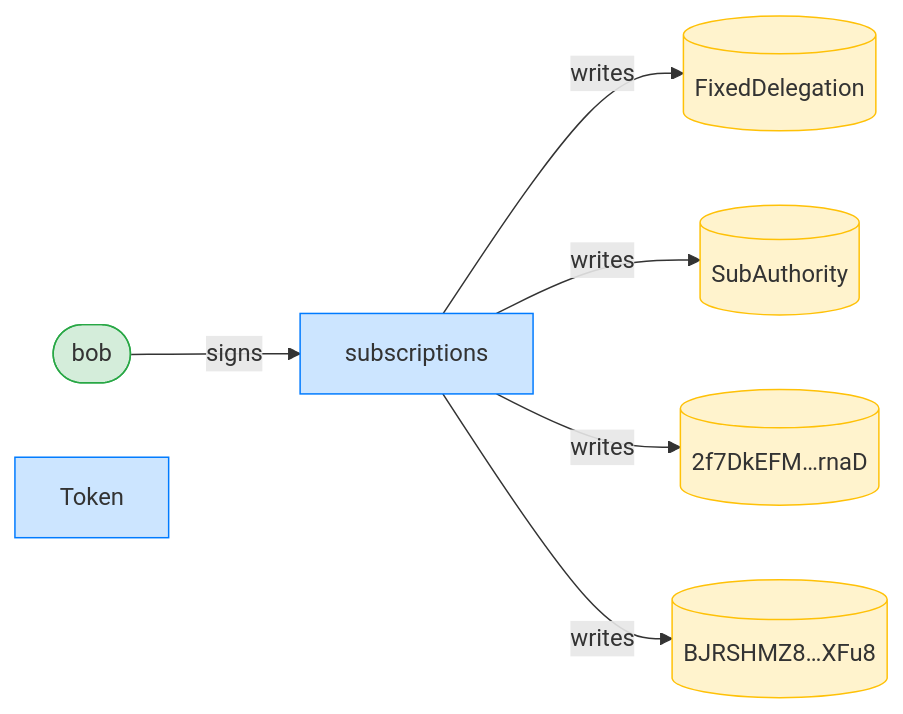
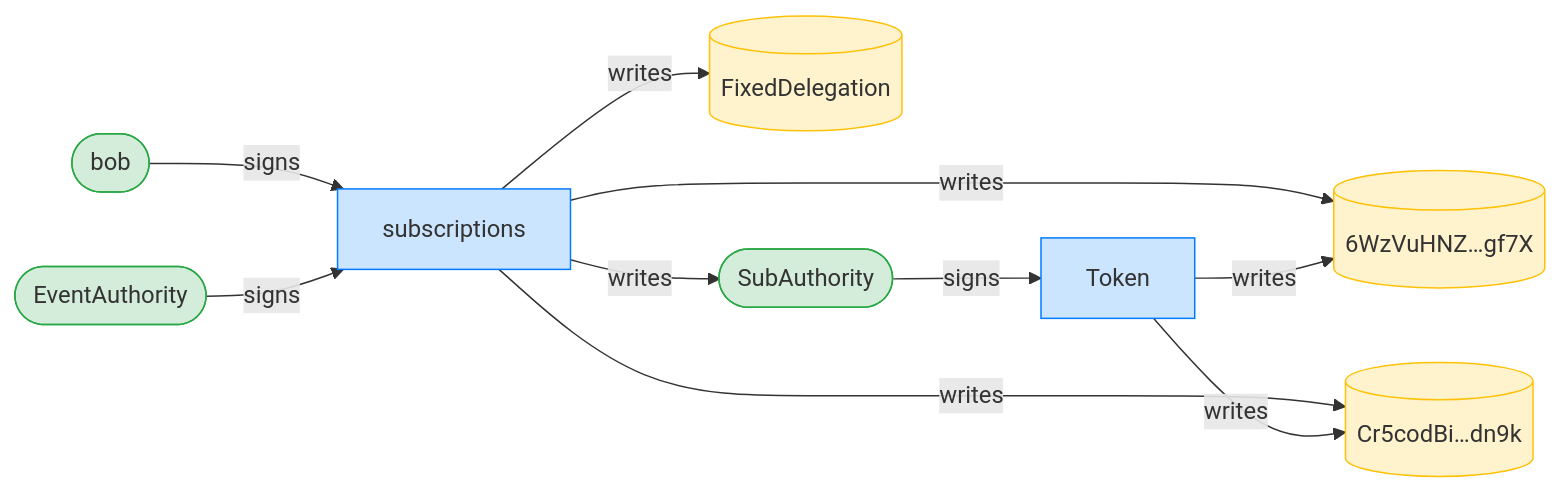
Diagram 11 of 12 in dsl_tests/fixed-transfer-succeeds.md (cds-rs/subscriptions), drawn with Mermaid before and after one commit. The commit also changed other lines of this file and 224 other files, not shown here.

````diff
--- a/dsl_tests/fixed-transfer-succeeds.md
+++ b/dsl_tests/fixed-transfer-succeeds.md
@@ -211,18 +220,23 @@
 ```mermaid
 flowchart LR
     classDef signer fill:#d4edda,stroke:#28a745;
     classDef program fill:#cce5ff,stroke:#007bff;
     classDef writable fill:#fff3cd,stroke:#ffc107;
     subscriptions[subscriptions]:::program
     FixedDelegation[(FixedDelegation)]:::writable
-    SubAuthority[(SubAuthority)]:::writable
-    2f7DkEFM_rnaD[("2f7DkEFM…rnaD")]:::writable
-    BJRSHMZ8_XFu8[("BJRSHMZ8…XFu8")]:::writable
+    SubAuthority([SubAuthority]):::signer
+    6WzVuHNZ_gf7X[("6WzVuHNZ…gf7X")]:::writable
+    Cr5codBi_dn9k[("Cr5codBi…dn9k")]:::writable
     bob([bob]):::signer
     Token[Token]:::program
+    EventAuthority([EventAuthority]):::signer
     bob -->|signs| subscriptions
+    SubAuthority -->|signs| Token
+    EventAuthority -->|signs| subscriptions
     subscriptions -->|writes| FixedDelegation
     subscriptions -->|writes| SubAuthority
-    subscriptions -->|writes| 2f7DkEFM_rnaD
-    subscriptions -->|writes| BJRSHMZ8_XFu8
+    subscriptions -->|writes| 6WzVuHNZ_gf7X
+    subscriptions -->|writes| Cr5codBi_dn9k
+    Token -->|writes| 6WzVuHNZ_gf7X
+    Token -->|writes| Cr5codBi_dn9k
 ```
````
